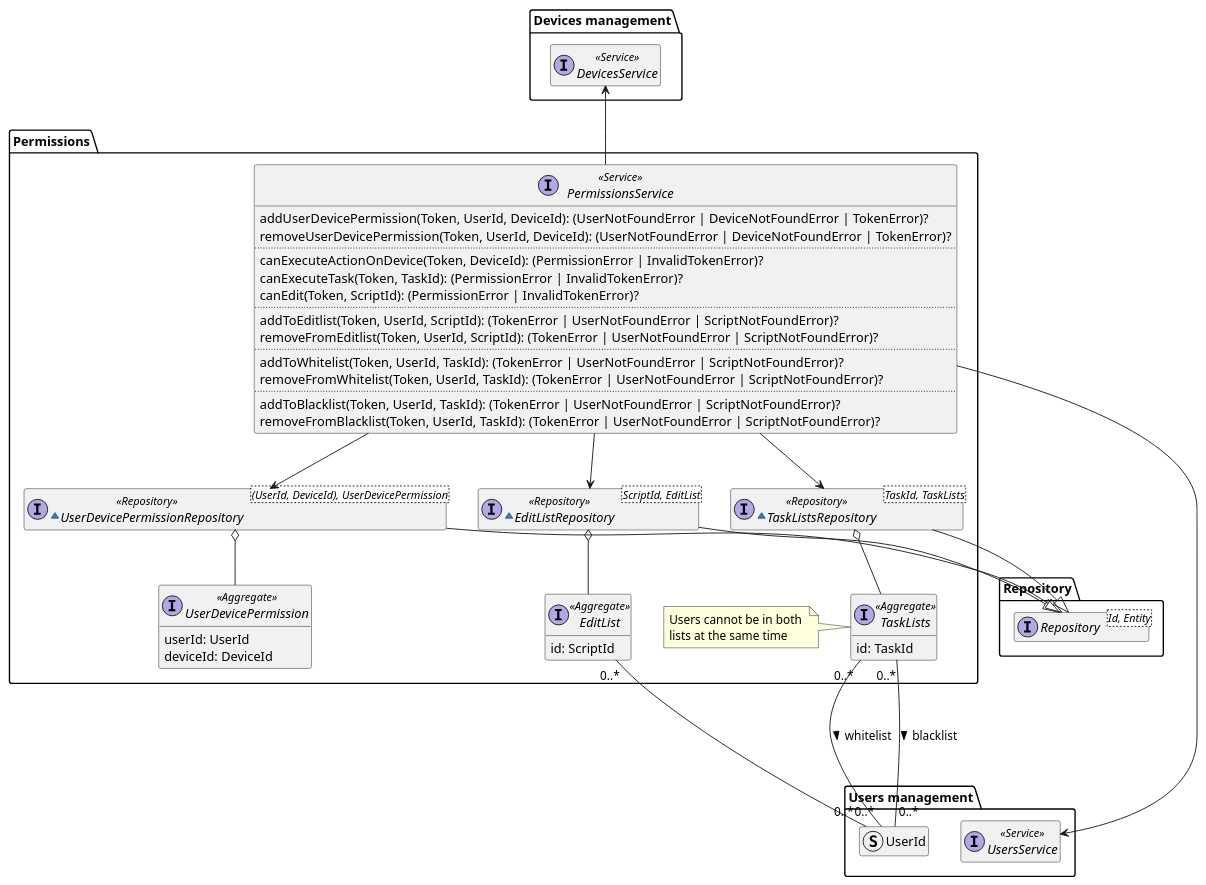
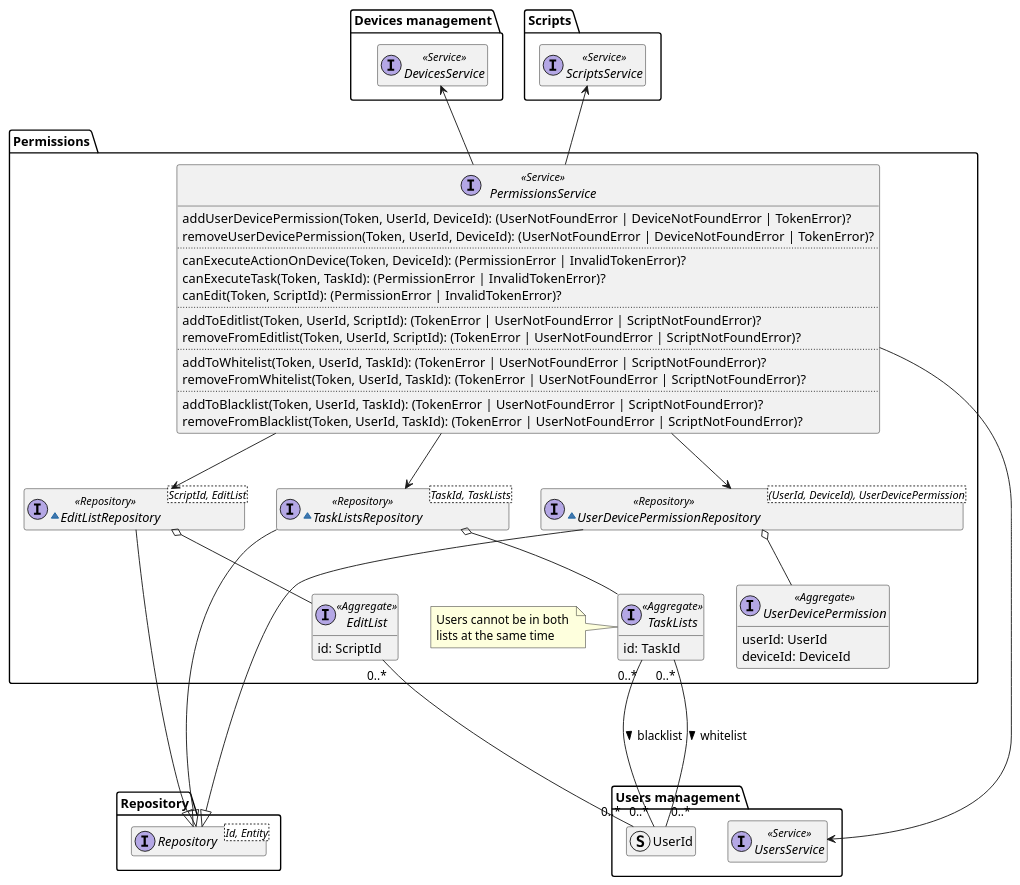
The diagram in diagrams/src/permissions-domain-model.puml (DomoticASW/.github), drawn with PlantUML before and after one commit. The commit also changed 2 other files, not shown here.

Commit message:
description of permissions domain model diagram

```diff
--- a/diagrams/src/permissions-domain-model.puml
+++ b/diagrams/src/permissions-domain-model.puml
@@ -2,81 +2,86 @@
 @startuml permissions-domain-model
 
 hide empty members
 package Repository{
     interface Repository<Id, Entity>
 }
 
 package "Users management" as UsersManagement {
     interface UsersService <<Service>>
     struct UserId
 }
 
 package "Devices management" as DevicesManagement {
     interface DevicesService <<Service>>
+}
+
+package Scripts {
+    interface ScriptsService <<Service>>
 }
 
 package "Permissions" {
     interface PermissionsService <<Service>> {
         addUserDevicePermission(Token, UserId, DeviceId): (UserNotFoundError | DeviceNotFoundError | TokenError)?
         removeUserDevicePermission(Token, UserId, DeviceId): (UserNotFoundError | DeviceNotFoundError | TokenError)?
         ..
         canExecuteActionOnDevice(Token, DeviceId): (PermissionError | InvalidTokenError)?
         canExecuteTask(Token, TaskId): (PermissionError | InvalidTokenError)?
         canEdit(Token, ScriptId): (PermissionError | InvalidTokenError)?
         ..
         addToEditlist(Token, UserId, ScriptId): (TokenError | UserNotFoundError | ScriptNotFoundError)?
         removeFromEditlist(Token, UserId, ScriptId): (TokenError | UserNotFoundError | ScriptNotFoundError)?
         ..
         addToWhitelist(Token, UserId, TaskId): (TokenError | UserNotFoundError | ScriptNotFoundError)?
         removeFromWhitelist(Token, UserId, TaskId): (TokenError | UserNotFoundError | ScriptNotFoundError)?
         ..
         addToBlacklist(Token, UserId, TaskId): (TokenError | UserNotFoundError | ScriptNotFoundError)?
         removeFromBlacklist(Token, UserId, TaskId): (TokenError | UserNotFoundError | ScriptNotFoundError)?
     }
 
     ~interface UserDevicePermissionRepository<(UserId, DeviceId), UserDevicePermission> <<Repository>> {
     }
 
     interface UserDevicePermission <<Aggregate>> {
         userId: UserId
         deviceId: DeviceId
     }
 
     ~interface EditListRepository<ScriptId, EditList> <<Repository>> {
     }
 
     interface EditList <<Aggregate>> {
         id: ScriptId
     }
 
     ~interface TaskListsRepository<TaskId, TaskLists> <<Repository>> {
     }
 
     interface TaskLists <<Aggregate>> {
         id: TaskId
     }
 
     note left of TaskLists
         Users cannot be in both 
         lists at the same time
     end note
 
 
     PermissionsService -u-> DevicesManagement.DevicesService
     PermissionsService --> UsersManagement.UsersService
+    PermissionsService -u-> Scripts.ScriptsService
     PermissionsService --> UserDevicePermissionRepository
     PermissionsService --> EditListRepository
     PermissionsService --> TaskListsRepository
-    UserDevicePermissionRepository --|> Repository.Repository
+    UserDevicePermissionRepository ----|> Repository.Repository
     UserDevicePermissionRepository o-- UserDevicePermission
     EditList "0..*" -- "0..*" UsersManagement.UserId
     EditListRepository --|> Repository.Repository
     EditListRepository o-- EditList
     TaskLists "0..*" --- "0..*" UsersManagement.UserId : "blacklist >"
     TaskLists "0..*" --- "0..*" UsersManagement.UserId : "whitelist >"
     TaskListsRepository --|> Repository.Repository
     TaskListsRepository o-- TaskLists
 
 }
 
 @enduml
```
